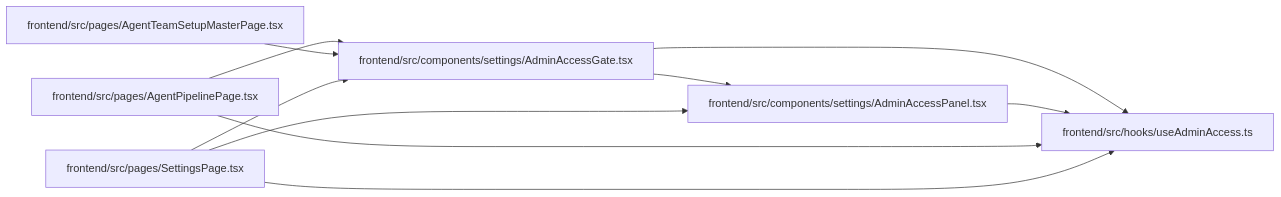
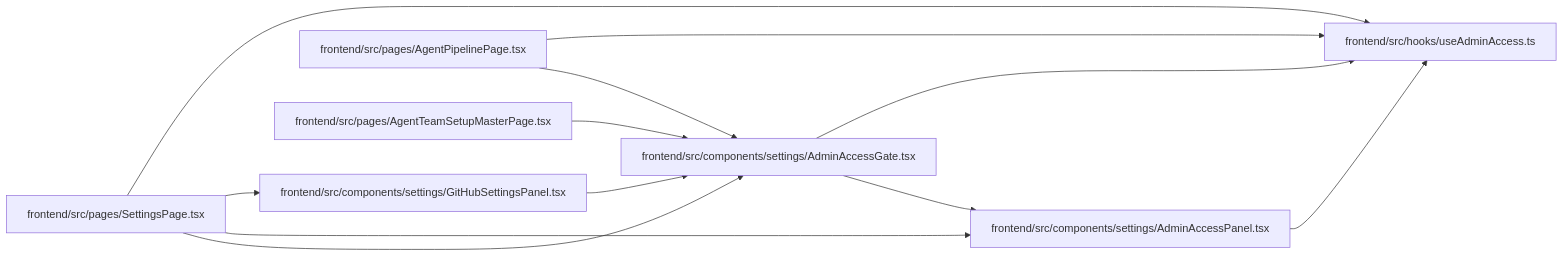
Before and after one commit to Denissvgn/WorkChord: the diagram in docs/llm_wiki/modules/AdminAccessGate.md, drawn with Mermaid. The commit also changed other lines of this file and 422 other files, not shown here.

````diff
--- a/docs/llm_wiki/modules/AdminAccessGate.md
+++ b/docs/llm_wiki/modules/AdminAccessGate.md
@@ -28,24 +28,28 @@
 ```mermaid
 flowchart LR
     n0["frontend/src/components/settings/AdminAccessGate.tsx"]
     n1["frontend/src/components/settings/AdminAccessPanel.tsx"]
-    n2["frontend/src/hooks/useAdminAccess.ts"]
-    n3["frontend/src/pages/AgentPipelinePage.tsx"]
-    n4["frontend/src/pages/AgentTeamSetupMasterPage.tsx"]
-    n5["frontend/src/pages/SettingsPage.tsx"]
+    n2["frontend/src/components/settings/GitHubSettingsPanel.tsx"]
+    n3["frontend/src/hooks/useAdminAccess.ts"]
+    n4["frontend/src/pages/AgentPipelinePage.tsx"]
+    n5["frontend/src/pages/AgentTeamSetupMasterPage.tsx"]
+    n6["frontend/src/pages/SettingsPage.tsx"]
     n0 --> n1
-    n0 --> n2
-    n1 --> n2
-    n3 --> n0
-    n3 --> n2
+    n0 --> n3
+    n1 --> n3
+    n2 --> n0
     n4 --> n0
+    n4 --> n3
     n5 --> n0
-    n5 --> n1
-    n5 --> n2
+    n6 --> n0
+    n6 --> n1
+    n6 --> n2
+    n6 --> n3
     click n0 "../modules/AdminAccessGate.md"
     click n1 "../modules/AdminAccessPanel.md"
-    click n2 "../modules/useAdminAccess.md"
-    click n3 "../modules/AgentPipelinePage.md"
-    click n4 "../modules/AgentTeamSetupMasterPage.md"
-    click n5 "../modules/SettingsPage.md"
+    click n2 "../modules/GitHubSettingsPanel.md"
+    click n3 "../modules/useAdminAccess.md"
+    click n4 "../modules/AgentPipelinePage.md"
+    click n5 "../modules/AgentTeamSetupMasterPage.md"
+    click n6 "../modules/SettingsPage.md"
 ```
````
